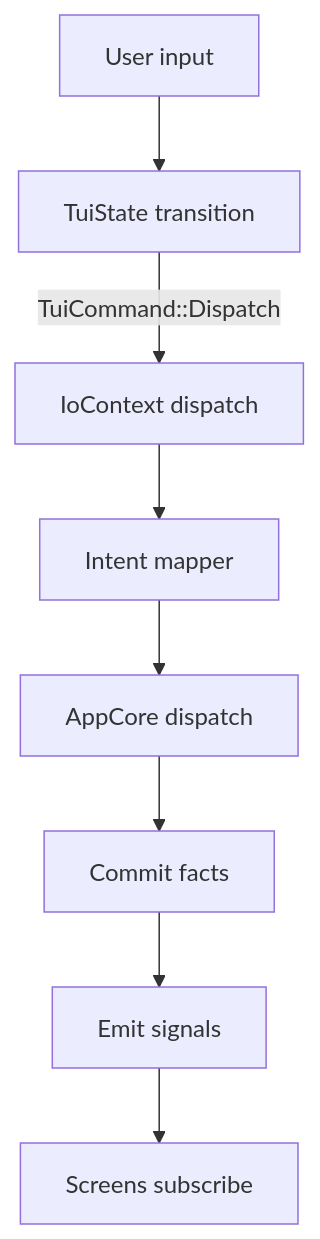
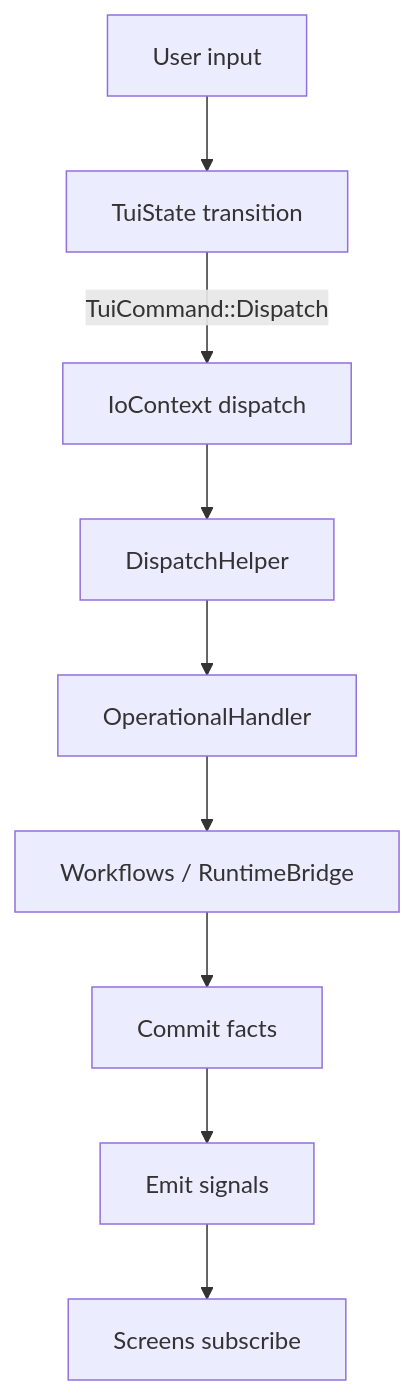
The third of 3 diagrams in docs/115_cli_tui.md (hxrts/aura), drawn with Mermaid before and after one commit. The commit also changed other lines of this file and 89 other files, not shown here.

````diff
--- a/docs/115_cli_tui.md
+++ b/docs/115_cli_tui.md
@@ -203,10 +203,11 @@
 ```mermaid
 flowchart TD
   UI[User input] --> SM[TuiState transition]
   SM -->|TuiCommand::Dispatch| IO[IoContext dispatch]
-  IO --> IM[Intent mapper]
-  IM --> AC[AppCore dispatch]
-  AC --> J[Commit facts]
+  IO --> DH[DispatchHelper]
+  DH --> OP[OperationalHandler]
+  OP --> W[Workflows / RuntimeBridge]
+  W --> J[Commit facts]
   J --> S[Emit signals]
   S --> UI2[Screens subscribe]
 ```
````
